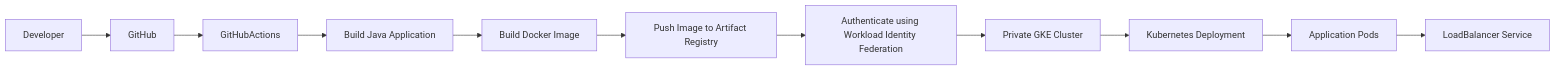
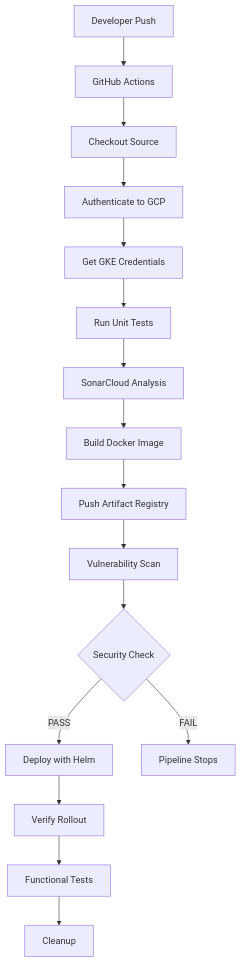
The diagram in docs/06-github-actions-pipeline.md (ssavaniya/gke-wif-deployment), drawn with Mermaid before and after one commit. The commit also changed other lines of this file and 14 other files, not shown here.

````diff
--- a/docs/06-github-actions-pipeline.md
+++ b/docs/06-github-actions-pipeline.md
@@ -15,25 +36,33 @@
 ```mermaid
-flowchart LR
+flowchart TD
 
-Developer --> GitHub
+A[Developer Push] --> B[GitHub Actions]
 
-GitHub --> GitHubActions
+B --> C[Checkout Source]
 
-GitHubActions --> Build[Build Java Application]
+C --> D[Authenticate to GCP]
 
-Build --> Docker[Build Docker Image]
+D --> E[Get GKE Credentials]
 
-Docker --> ArtifactRegistry[Push Image to Artifact Registry]
+E --> F[Run Unit Tests]
 
-ArtifactRegistry --> Authenticate
+F --> G[SonarCloud Analysis]
 
-Authenticate[Authenticate using Workload Identity Federation]
+G --> H[Build Docker Image]
 
-Authenticate --> GKE[Private GKE Cluster]
+H --> I[Push Artifact Registry]
 
-GKE --> Deployment[Kubernetes Deployment]
+I --> J[Vulnerability Scan]
 
-Deployment --> Pods[Application Pods]
+J --> K{Security Check}
 
-Pods --> Service[LoadBalancer Service]
+K -->|PASS| L[Deploy with Helm]
+
+K -->|FAIL| X[Pipeline Stops]
+
+L --> M[Verify Rollout]
+
+M --> N[Functional Tests]
+
+N --> O[Cleanup]
 ```
````
